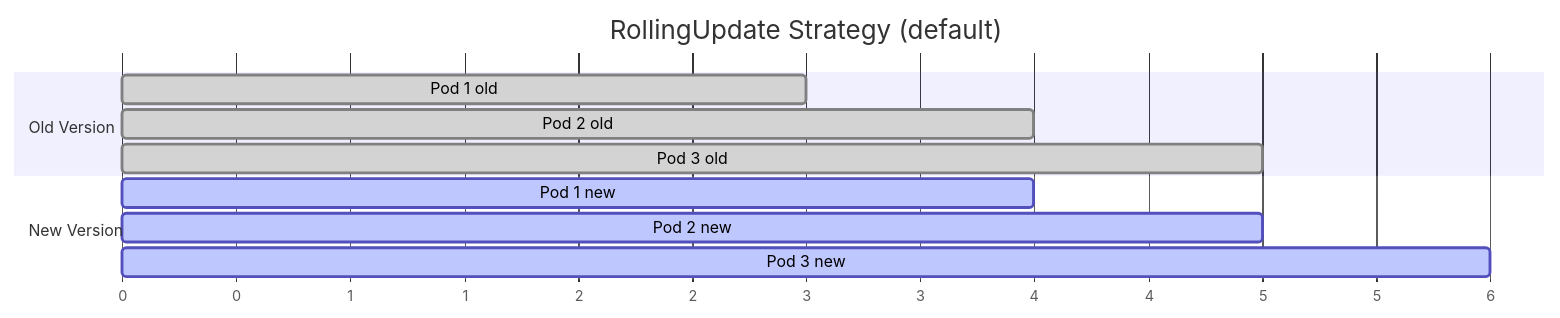
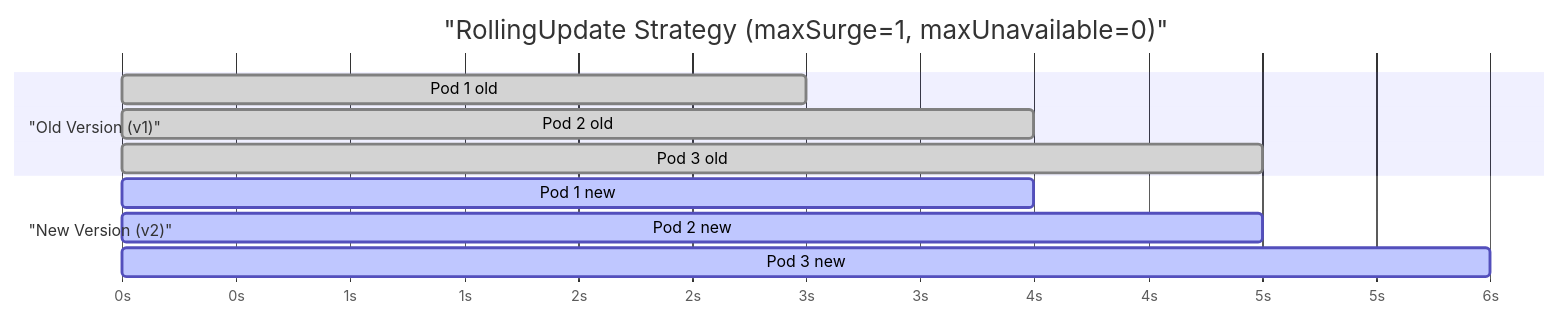
Before and after one commit to UncleJS/course_k3s: the sixth of 11 diagrams in 03_first_steps/03_pods_deployments_services.md, drawn with Mermaid. The commit also changed other lines of this file and 45 other files, not shown here.

First line of the commit message:
Expand all course lessons: Mermaid diagrams + rich prose across 43 files

````diff
--- a/03_first_steps/03_pods_deployments_services.md
+++ b/03_first_steps/03_pods_deployments_services.md
@@ -216,16 +391,16 @@
 ```mermaid
 gantt
-    title RollingUpdate Strategy (default)
+    title "RollingUpdate Strategy (maxSurge=1, maxUnavailable=0)"
     dateFormat X
-    axisFormat %s
+    axisFormat %ss
 
-    section Old Version
+    section "Old Version (v1)"
     Pod 1 old :done, 0, 3
     Pod 2 old :done, 1, 4
     Pod 3 old :done, 2, 5
 
-    section New Version
+    section "New Version (v2)"
     Pod 1 new :active, 1, 4
     Pod 2 new :active, 2, 5
     Pod 3 new :active, 3, 6
 ```
````
